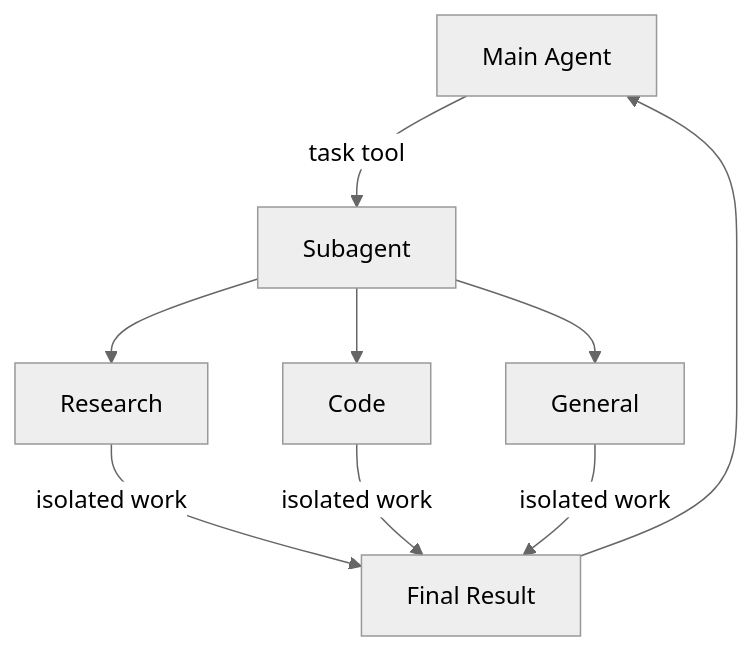
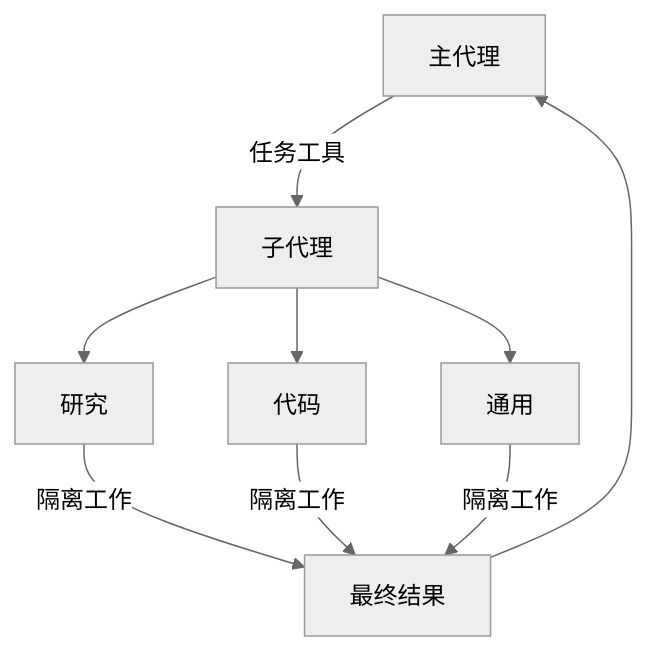
The diagram in oss/javascript/deepagents/subagents.mdx (kunfan96/cndocs-langchain), drawn with Mermaid (neutral theme) before and after one commit. The commit also changed other lines of this file and 505 other files, not shown here.

````diff
--- a/oss/javascript/deepagents/subagents.mdx
+++ b/oss/javascript/deepagents/subagents.mdx
@@ -13,14 +13,14 @@
 ```mermaid
 graph TB
-    Main[Main Agent] --> |task tool| Sub[Subagent]
+    Main[主代理] --> |任务工具| Sub[子代理]
 
-    Sub --> Research[Research]
-    Sub --> Code[Code]
-    Sub --> General[General]
+    Sub --> Research[研究]
+    Sub --> Code[代码]
+    Sub --> General[通用]
 
-    Research --> |isolated work| Result[Final Result]
-    Code --> |isolated work| Result
-    General --> |isolated work| Result
+    Research --> |隔离工作| Result[最终结果]
+    Code --> |隔离工作| Result
+    General --> |隔离工作| Result
 
     Result --> Main
 ```
````
